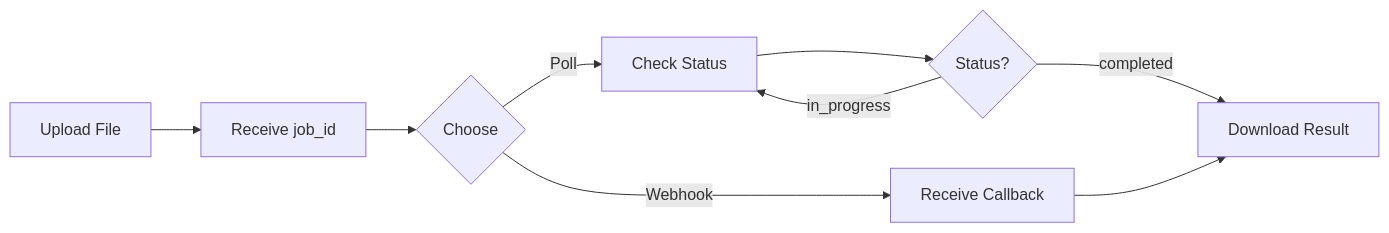
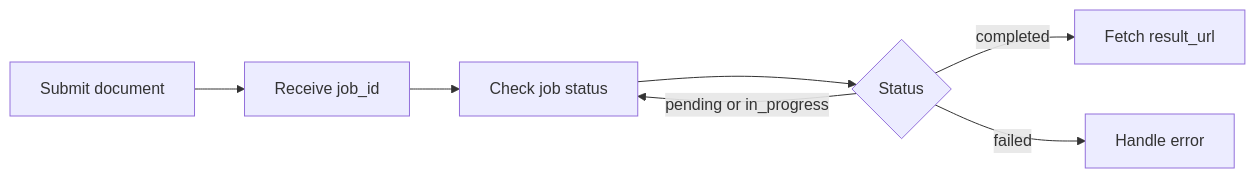
One commit to WangKe95/textin-docs-global changed the diagram in xparse/parse/async-processing.mdx. Above: the diagram before and after it, drawn with Mermaid. The commit also changed other lines of this file and 24 other files, not shown here.

````diff
--- a/xparse/parse/async-processing.mdx
+++ b/xparse/parse/async-processing.mdx
@@ -40,11 +24,9 @@
 ```mermaid
 graph LR
-    A[Upload File] --> B[Receive job_id]
-    B --> C{Choose}
-    C -->|Poll| D[Check Status]
-    C -->|Webhook| E[Receive Callback]
-    D --> F{Status?}
-    F -->|in_progress| D
-    F -->|completed| G[Download Result]
-    E --> G
+    A["Submit document"] --> B["Receive job_id"]
+    B --> C["Check job status"]
+    C --> D{"Status"}
+    D -->|"pending or in_progress"| C
+    D -->|"completed"| E["Fetch result_url"]
+    D -->|"failed"| F["Handle error"]
 ```
````
